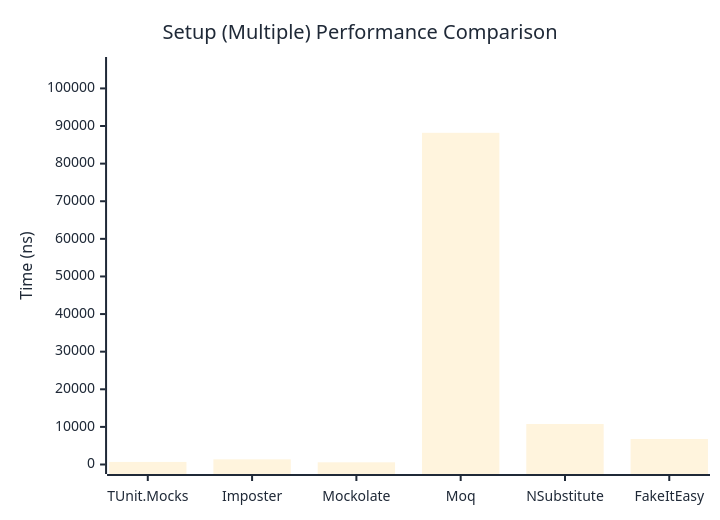
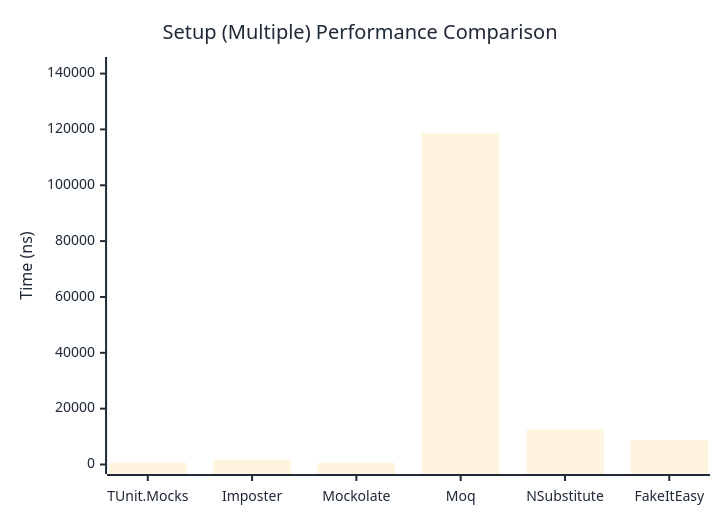
The second of 2 diagrams in docs/docs/benchmarks/mocks/Setup.md (thomhurst/TUnit), drawn with Mermaid before and after one commit. The commit also changed other lines of this file and 14 other files, not shown here.

````diff
--- a/docs/docs/benchmarks/mocks/Setup.md
+++ b/docs/docs/benchmarks/mocks/Setup.md
@@ -69,27 +69,27 @@
 ```mermaid
 %%{init: {
   'theme':'base',
   'themeVariables': {
     'primaryColor': '#2563eb',
     'primaryTextColor': '#1f2937',
     'primaryBorderColor': '#1e40af',
     'lineColor': '#6b7280',
     'secondaryColor': '#7c3aed',
     'tertiaryColor': '#dc2626',
     'background': '#ffffff',
     'pie1': '#2563eb',
     'pie2': '#7c3aed',
     'pie3': '#dc2626',
     'pie4': '#f59e0b',
     'pie5': '#10b981',
     'pie6': '#06b6d4',
     'pie7': '#ec4899',
     'pie8': '#6366f1'
   }
 }}%%
 xychart-beta
   title "Setup (Multiple) Performance Comparison"
   x-axis ["TUnit.Mocks", "Imposter", "Mockolate", "Moq", "NSubstitute", "FakeItEasy"]
-  y-axis "Time (ns)" 0 --> 105826
-  bar [679.4, 1372.1, 580.3, 88188.2, 10763, 6777.1]
+  y-axis "Time (ns)" 0 --> 142535
+  bar [693.2, 1625.1, 639.6, 118778.9, 12510, 8753.8]
 ```
````
